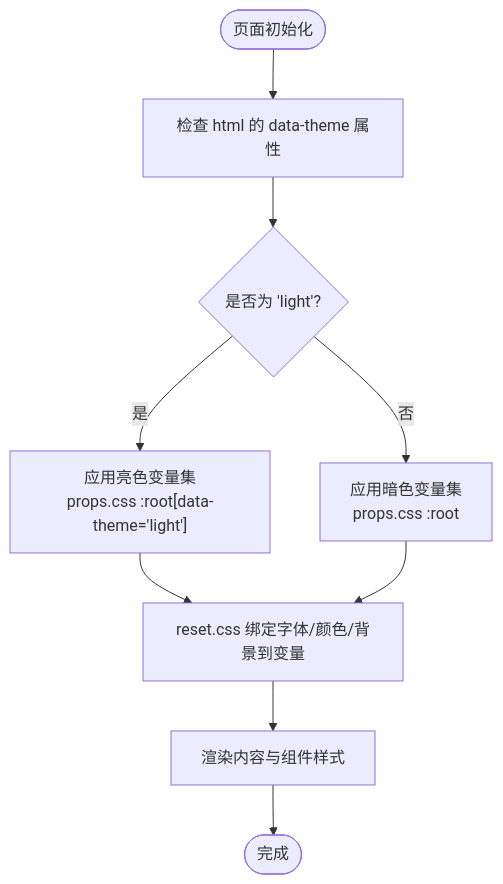
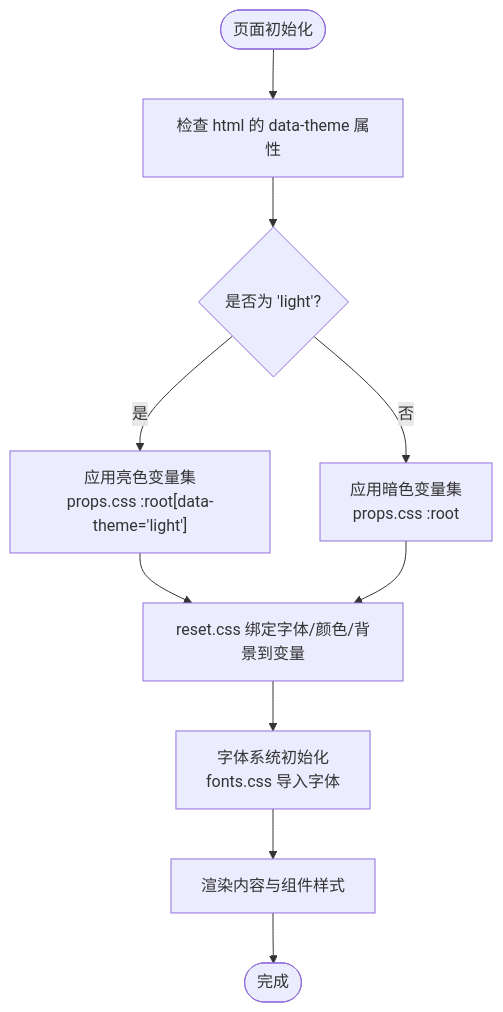
One commit to NTLx/ntlx.github.io changed the third of 7 diagrams in .qoder/repowiki/zh/content/主题和样式系统.md. Above: the diagram before and after it, drawn with Mermaid. The commit also changed other lines of this file and 7 other files, not shown here.

````diff
--- a/.qoder/repowiki/zh/content/主题和样式系统.md
+++ b/.qoder/repowiki/zh/content/主题和样式系统.md
@@ -114,11 +153,12 @@
 ```mermaid
 flowchart TD
 Start(["页面初始化"]) --> CheckTheme["检查 html 的 data-theme 属性"]
 CheckTheme --> IsLight{"是否为 'light'?"}
 IsLight --> |是| ApplyLight["应用亮色变量集<br/>props.css :root[data-theme='light']"]
 IsLight --> |否| ApplyDark["应用暗色变量集<br/>props.css :root"]
 ApplyLight --> BindVars["reset.css 绑定字体/颜色/背景到变量"]
 ApplyDark --> BindVars
-BindVars --> Render["渲染内容与组件样式"]
+BindVars --> FontSystem["字体系统初始化<br/>fonts.css 导入字体"]
+FontSystem --> Render["渲染内容与组件样式"]
 Render --> End(["完成"])
 ```
````
